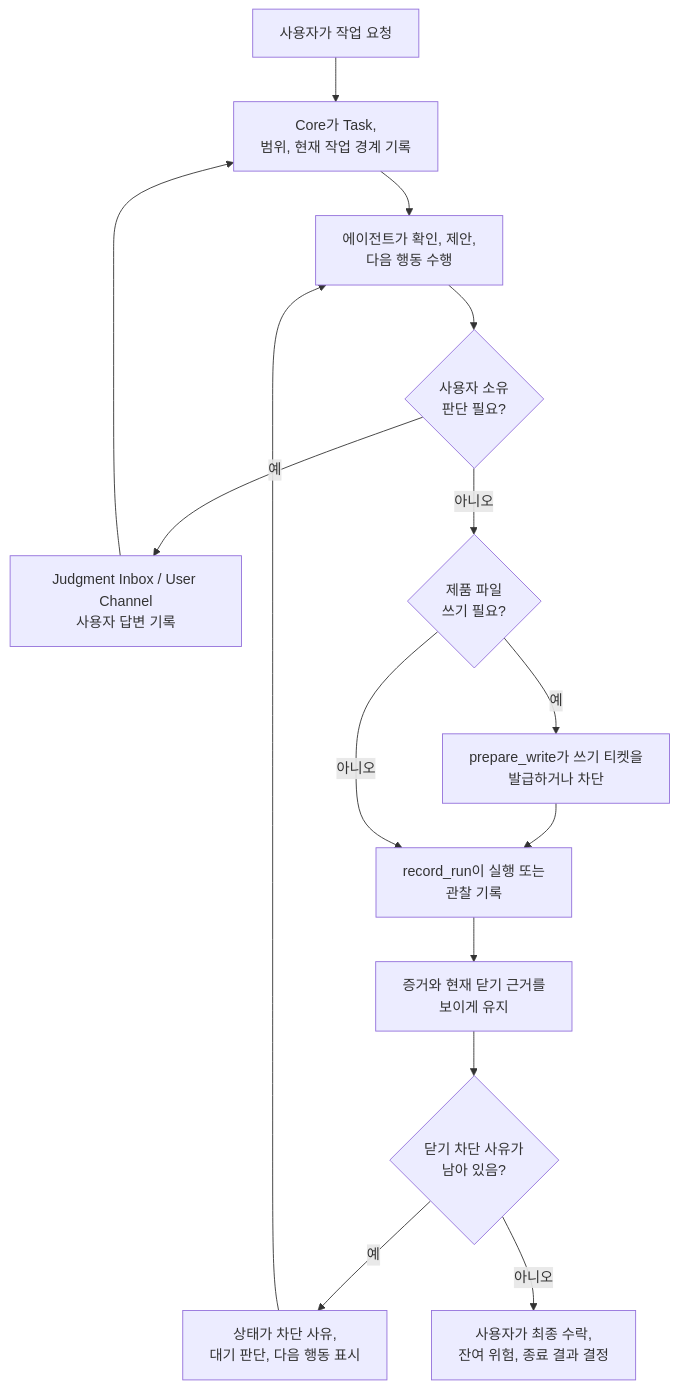
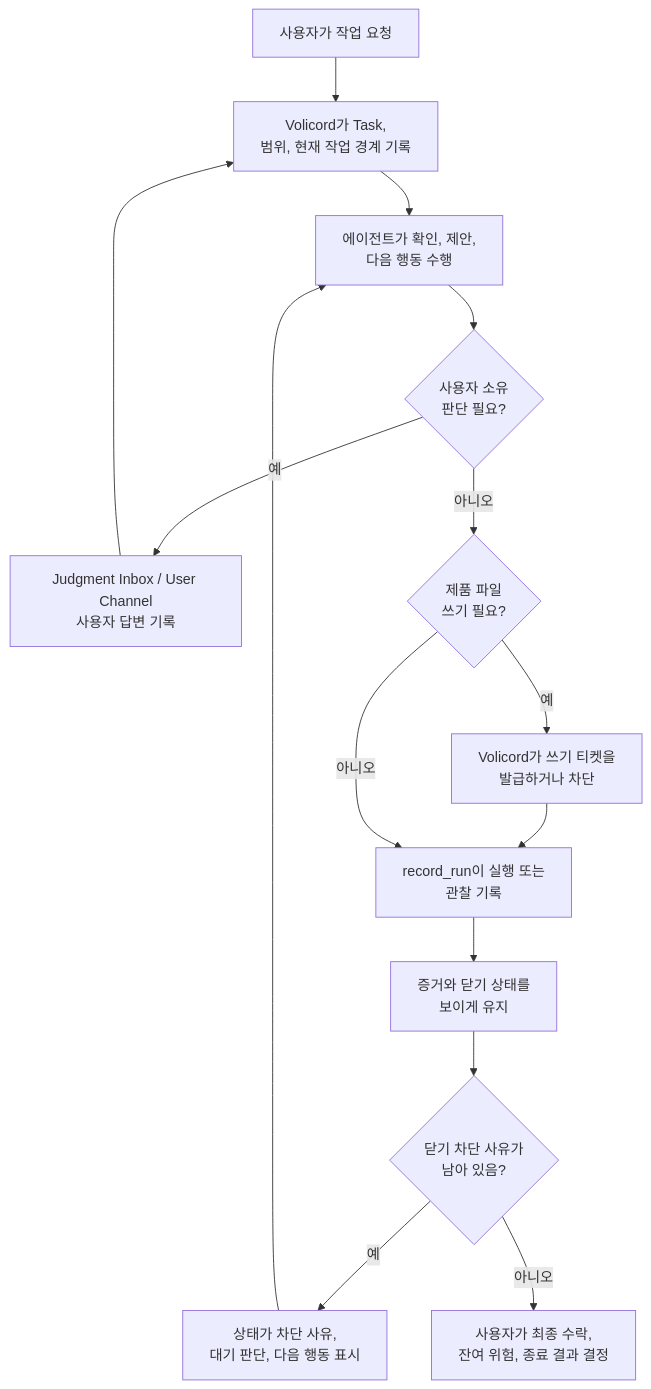
One commit to minjungw00/Volicord changed the second of 2 diagrams in README.ko.md. Above: the diagram before and after it, drawn with Mermaid. The commit also changed other lines of this file and 65 other files, not shown here.

````diff
--- a/README.ko.md
+++ b/README.ko.md
@@ -87,24 +86,24 @@
 ```mermaid
 flowchart TD
   request["사용자가 작업 요청"]
-  task["Core가 Task,<br/>범위, 현재 작업 경계 기록"]
+  task["Volicord가 Task,<br/>범위, 현재 작업 경계 기록"]
   agent["에이전트가 확인, 제안,<br/>다음 행동 수행"]
   judgment{"사용자 소유<br/>판단 필요?"}
   inbox["Judgment Inbox / User Channel<br/>사용자 답변 기록"]
   write{"제품 파일<br/>쓰기 필요?"}
-  ticket["prepare_write가 쓰기 티켓을<br/>발급하거나 차단"]
+  ticket["Volicord가 쓰기 티켓을<br/>발급하거나 차단"]
   run["record_run이 실행 또는<br/>관찰 기록"]
-  evidence["증거와 현재 닫기 근거를<br/>보이게 유지"]
+  evidence["증거와 닫기 상태를<br/>보이게 유지"]
   close{"닫기 차단 사유가<br/>남아 있음?"}
   status["상태가 차단 사유,<br/>대기 판단, 다음 행동 표시"]
   finish["사용자가 최종 수락,<br/>잔여 위험, 종료 결과 결정"]
 
   request --> task --> agent --> judgment
   judgment -- 예 --> inbox --> task
   judgment -- 아니오 --> write
   write -- 예 --> ticket --> run
   write -- 아니오 --> run
   run --> evidence --> close
   close -- 예 --> status --> agent
   close -- 아니오 --> finish
 ```
````
